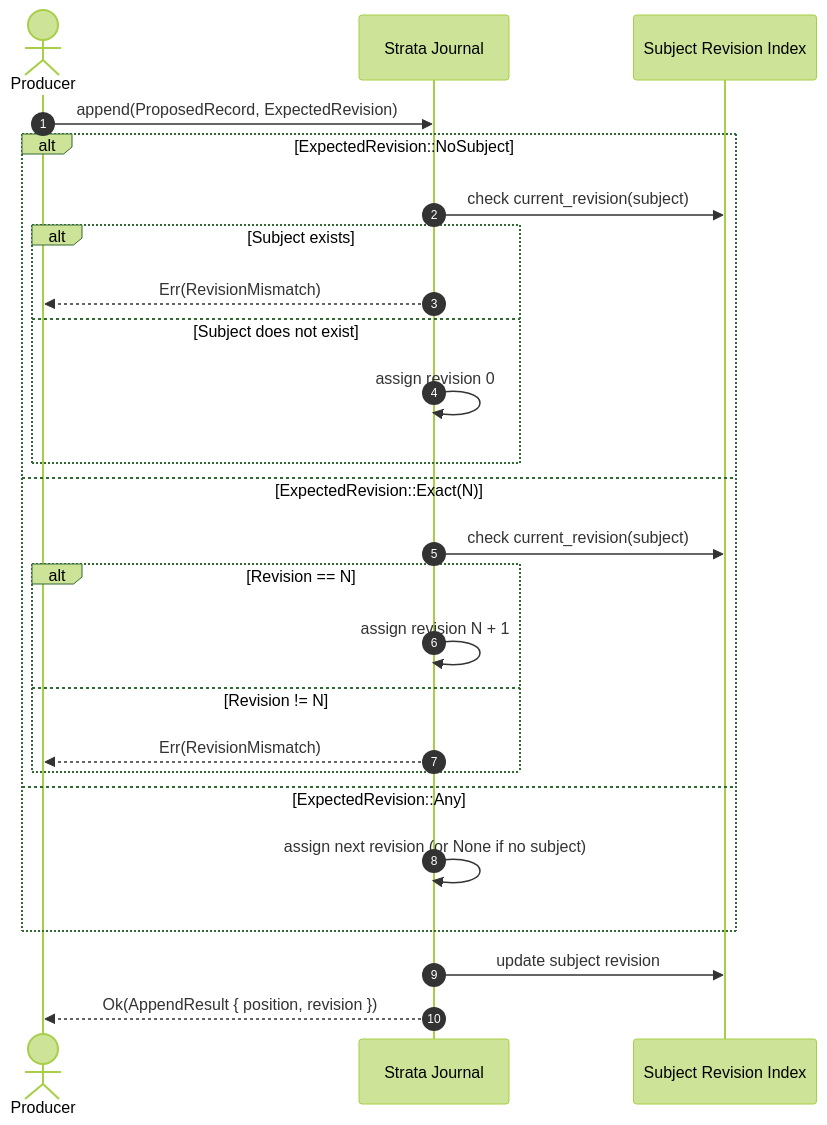
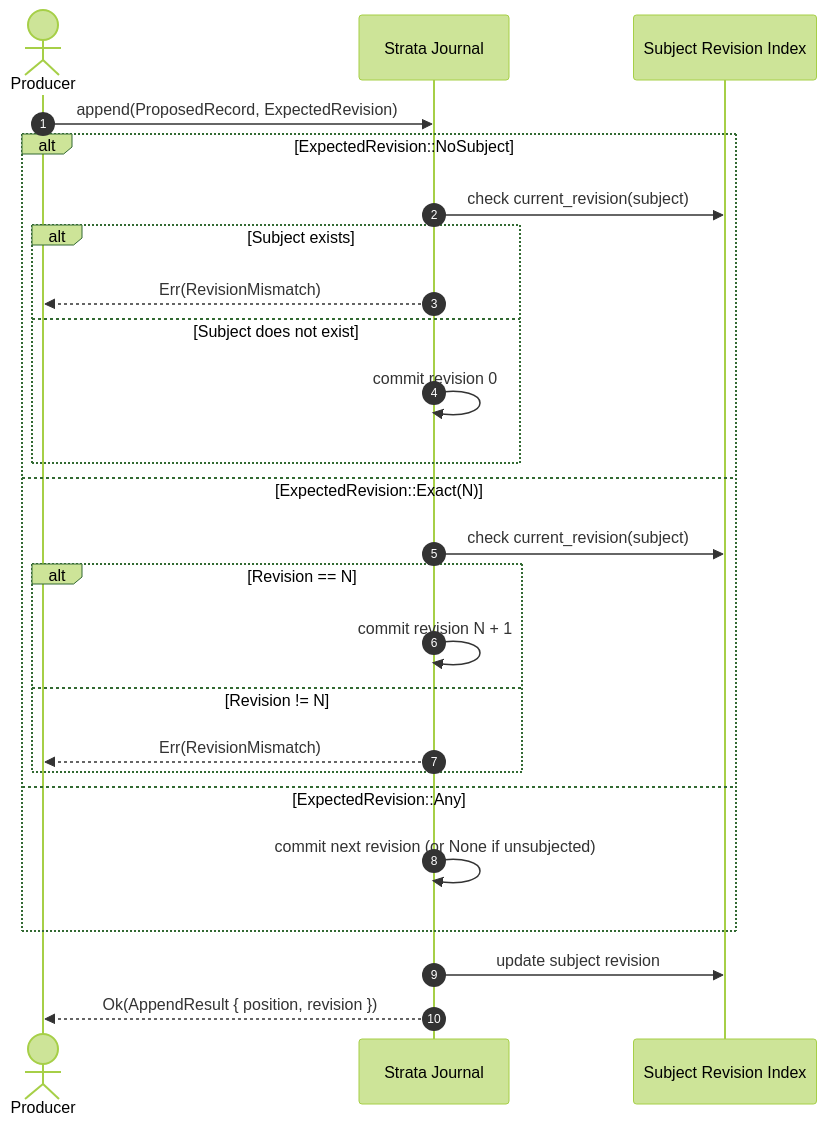
Before and after one commit to Amppire/stratamq: the second of 3 diagrams in docs/architecture/overview.md, drawn with Mermaid (forest theme). The commit also changed other lines of this file and 38 other files, not shown here.

````diff
--- a/docs/architecture/overview.md
+++ b/docs/architecture/overview.md
@@ -69,28 +88,28 @@
 ```mermaid
 sequenceDiagram
     autonumber
     actor Producer
     participant Journal as Strata Journal
     participant Index as Subject Revision Index
 
     Producer->>Journal: append(ProposedRecord, ExpectedRevision)
     alt ExpectedRevision::NoSubject
         Journal->>Index: check current_revision(subject)
         alt Subject exists
             Journal-->>Producer: Err(RevisionMismatch)
         else Subject does not exist
-            Journal->>Journal: assign revision 0
+            Journal->>Journal: commit revision 0
         end
     else ExpectedRevision::Exact(N)
         Journal->>Index: check current_revision(subject)
         alt Revision == N
-            Journal->>Journal: assign revision N + 1
+            Journal->>Journal: commit revision N + 1
         else Revision != N
             Journal-->>Producer: Err(RevisionMismatch)
         end
     else ExpectedRevision::Any
-        Journal->>Journal: assign next revision (or None if no subject)
+        Journal->>Journal: commit next revision (or None if unsubjected)
     end
     Journal->>Index: update subject revision
     Journal-->>Producer: Ok(AppendResult { position, revision })
 ```
````
